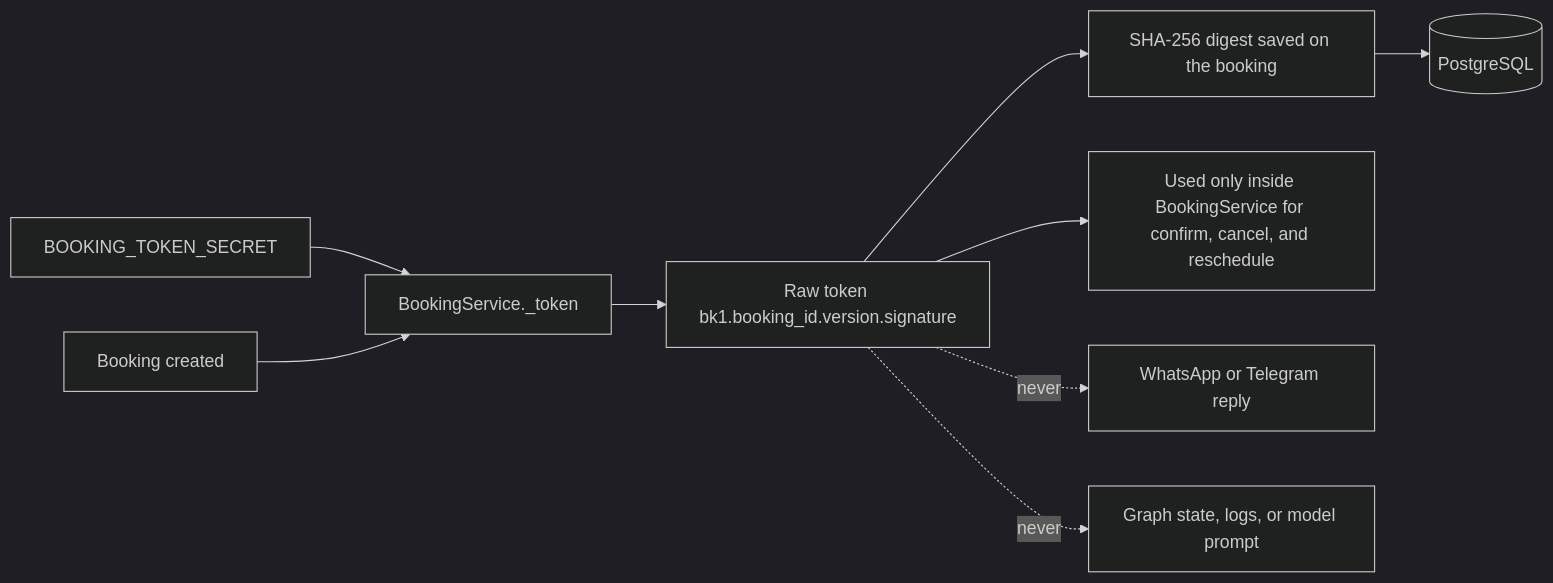
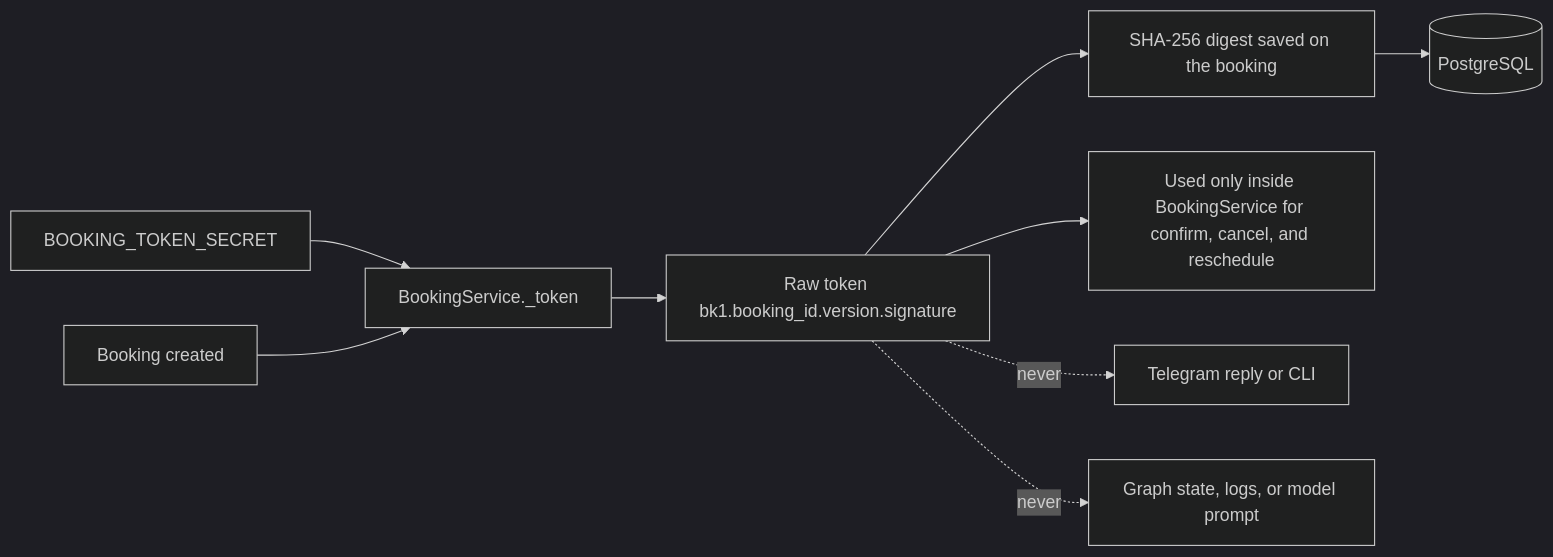
One commit to ktakanopy/capy-appointment-bot changed the fifth of 5 diagrams in docs/architecture.md. Above: the diagram before and after it, drawn with Mermaid (dark theme). The commit also changed other lines of this file and 38 other files, not shown here.

First line of the commit message:
refactor: make Telegram the only channel and add a CLI

````diff
--- a/docs/architecture.md
+++ b/docs/architecture.md
@@ -369,11 +369,11 @@
 ```mermaid
 flowchart LR
   Secret[BOOKING_TOKEN_SECRET] --> Mint[BookingService._token]
   Create[Booking created] --> Mint
   Mint --> Raw[Raw token bk1.booking_id.version.signature]
   Raw --> Digest[SHA-256 digest saved on the booking]
   Raw --> Internal[Used only inside BookingService for confirm, cancel, and reschedule]
   Digest --> DB[(PostgreSQL)]
-  Raw -. never .-> Chat[WhatsApp or Telegram reply]
+  Raw -. never .-> Chat[Telegram reply or CLI]
   Raw -. never .-> Graph[Graph state, logs, or model prompt]
 ```
````
